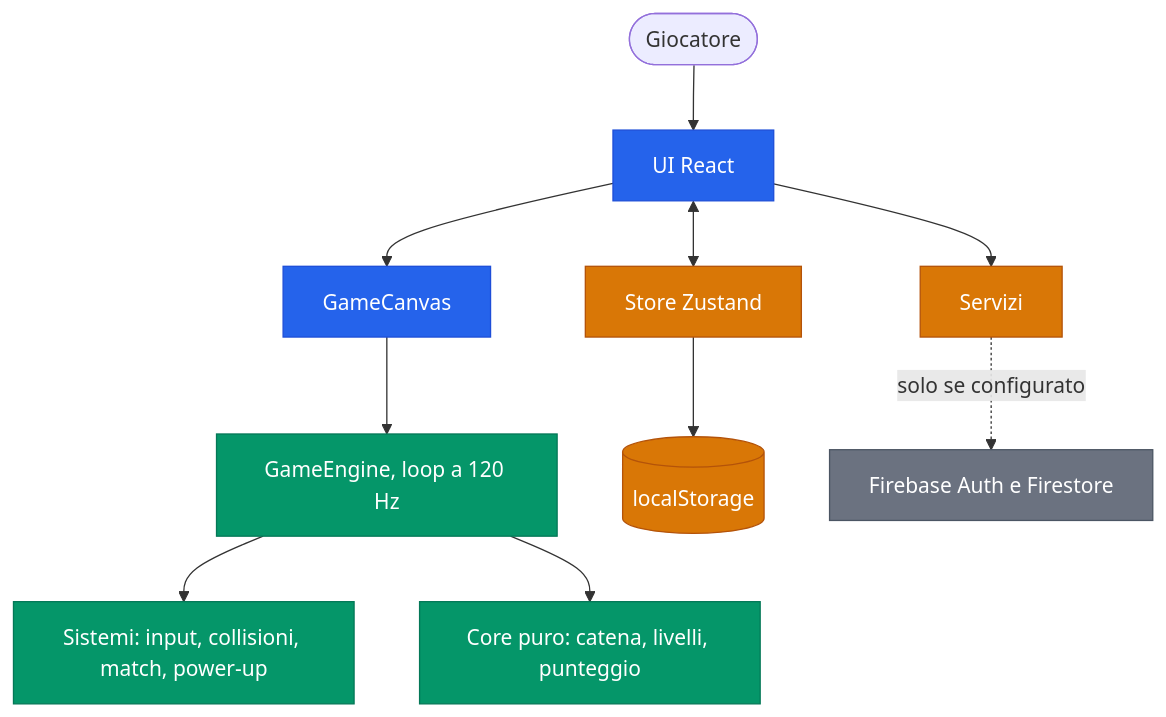
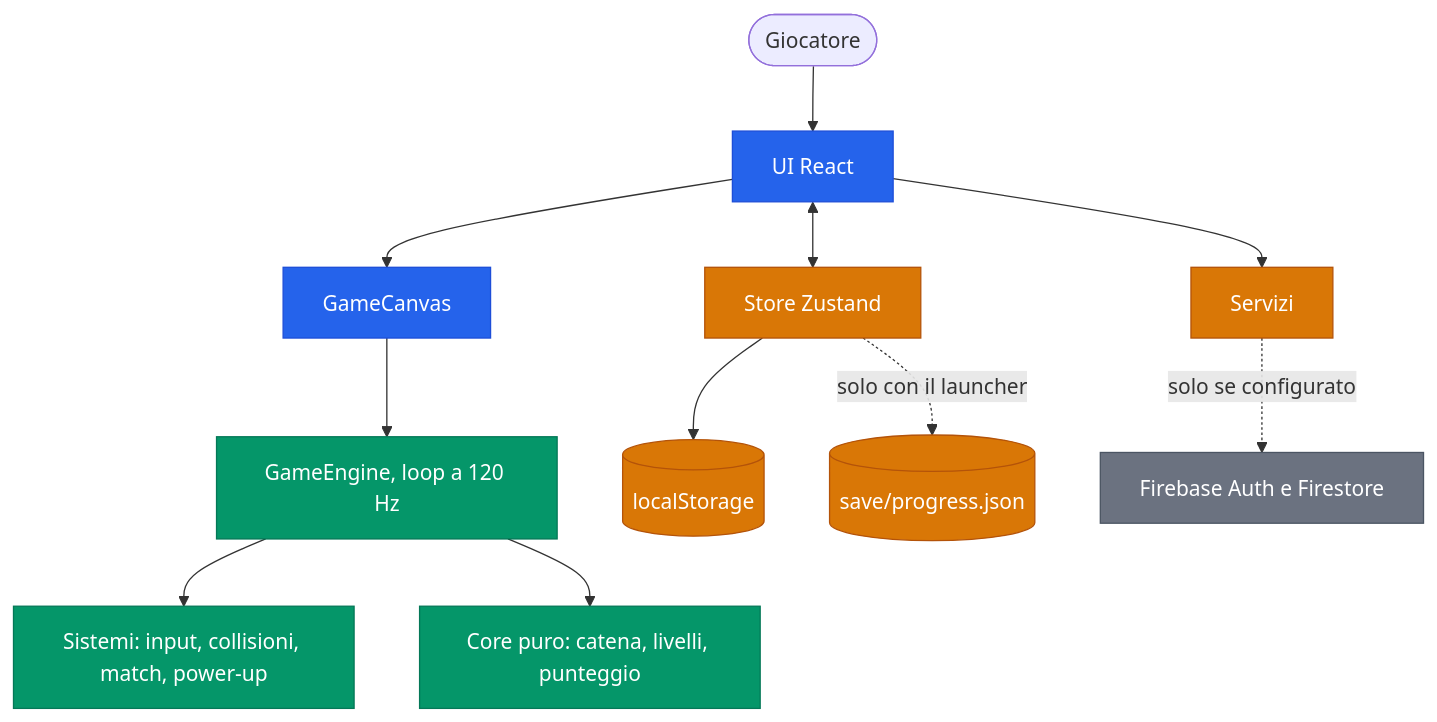
The first of 2 diagrams in README.it.md (AndreaBonn/core-dump-game), drawn with Mermaid before and after one commit. The commit also changed other lines of this file and 8 other files, not shown here.

````diff
--- a/README.it.md
+++ b/README.it.md
@@ -92,23 +93,24 @@
 ```mermaid
 %%{init: {'theme': 'default'}}%%
 flowchart TB
     player([Giocatore]) --> react["UI React"]
     react <--> stores["Store Zustand"]
     react --> canvas["GameCanvas"]
     react --> services["Servizi"]
     canvas --> engine["GameEngine, loop a 120 Hz"]
     engine --> systems["Sistemi: input, collisioni, match, power-up"]
     engine --> pure_core["Core puro: catena, livelli, punteggio"]
     stores --> storage[("localStorage")]
+    stores -.->|"solo con il launcher"| save_file[("save/progress.json")]
     services -.->|"solo se configurato"| firebase["Firebase Auth e Firestore"]
 
     classDef core fill:#2563eb,stroke:#1d4ed8,color:#fff
     classDef data fill:#d97706,stroke:#b45309,color:#fff
     classDef ext fill:#6b7280,stroke:#4b5563,color:#fff
     classDef engine fill:#059669,stroke:#047857,color:#fff
 
     class react,canvas core
     class engine,systems,pure_core engine
-    class stores,storage,services data
+    class stores,storage,save_file,services data
     class firebase ext
 ```
````
